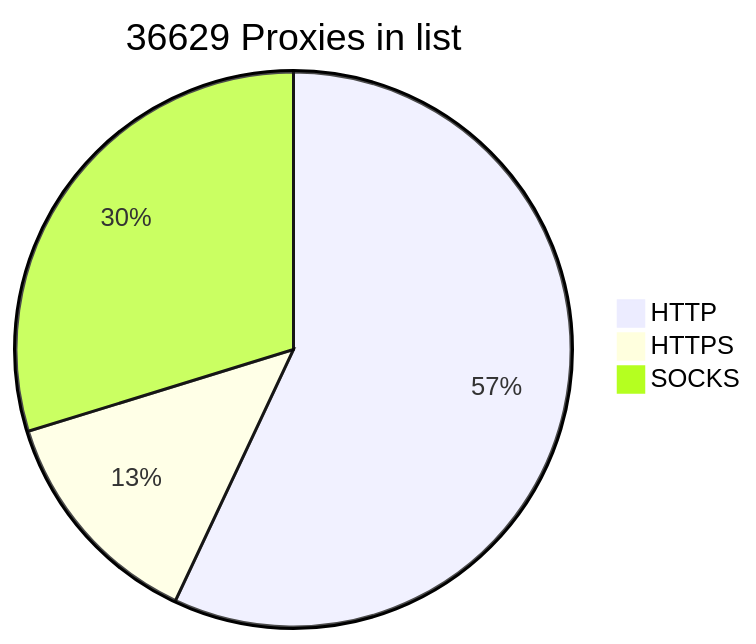
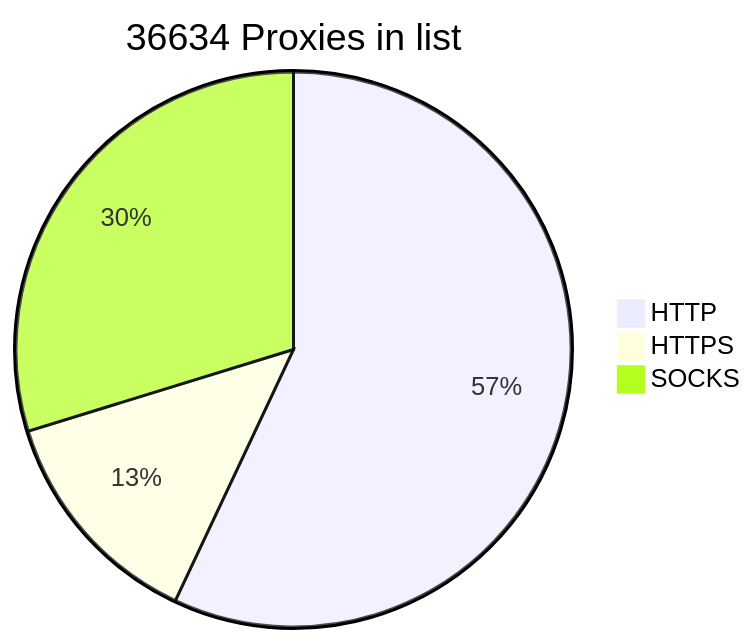
One commit to BlackSnowDot/proxylist-update-every-minute changed the diagram in README.md. Above: the diagram before and after it, drawn with Mermaid.

````diff
--- a/README.md
+++ b/README.md
@@ -2,6 +2,6 @@
 ```mermaid
-pie title 36629 Proxies in list
-    "HTTP" : 23190
+pie title 36634 Proxies in list
+    "HTTP" : 23195
     "HTTPS": 5391
     "SOCKS" : 12108
 ```
````
